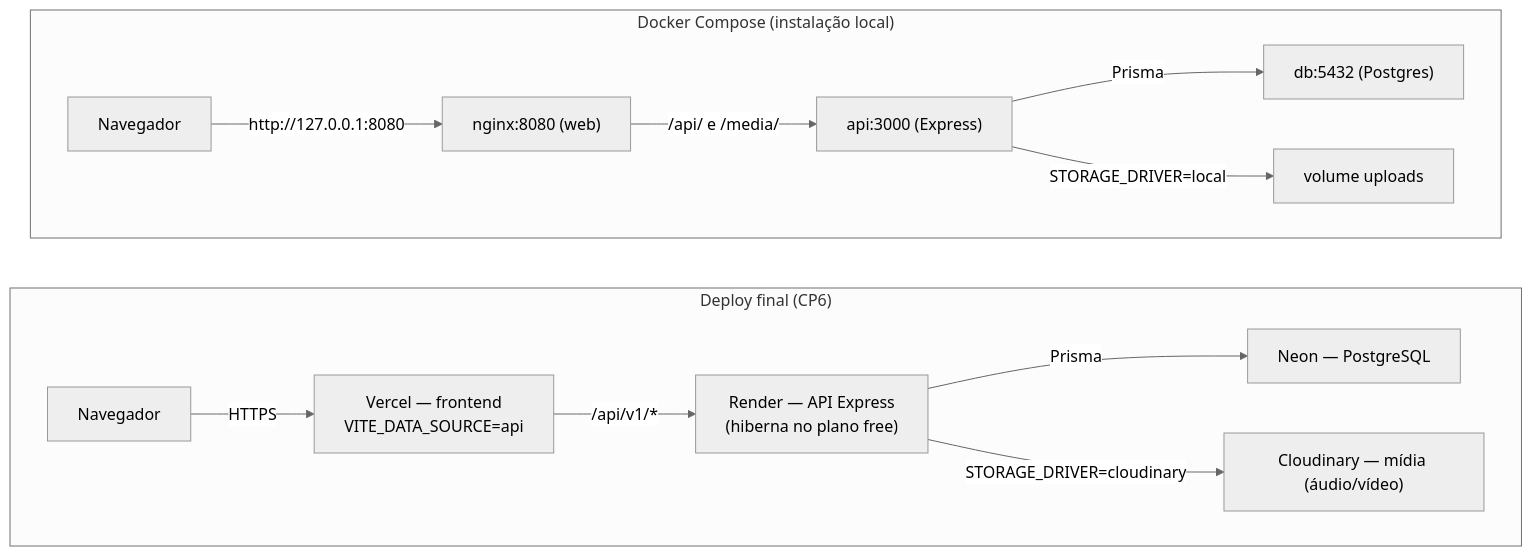
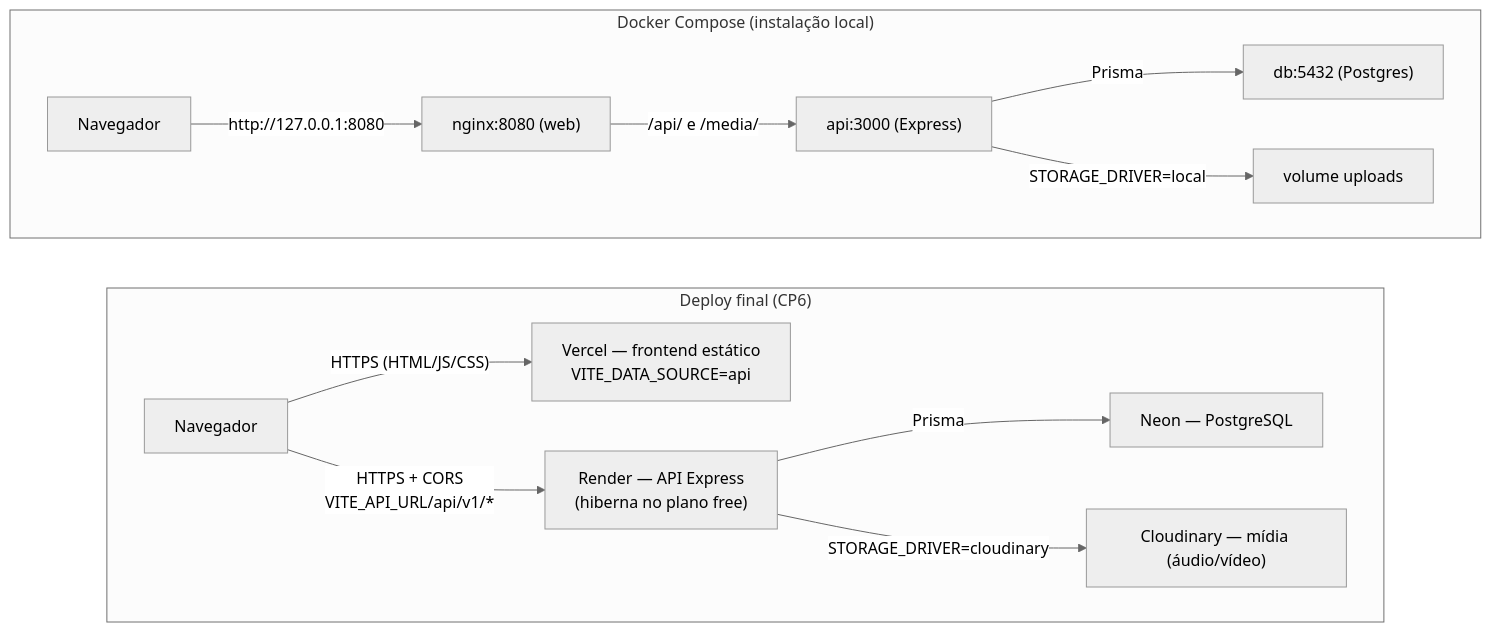
One commit to lucvs07/dot-study changed the ninth of 11 diagrams in docs/04-modelagem-uml.md. Above: the diagram before and after it, drawn with Mermaid (neutral theme). The commit also changed other lines of this file and 8 other files, not shown here.

````diff
--- a/docs/04-modelagem-uml.md
+++ b/docs/04-modelagem-uml.md
@@ -450,18 +450,18 @@
 ```mermaid
 flowchart LR
     subgraph Deploy["Deploy final (CP6)"]
         direction LR
-        Browser1["Navegador"] -->|HTTPS| Vercel["Vercel — frontend\nVITE_DATA_SOURCE=api"]
-        Vercel -->|"/api/v1/*"| Render["Render — API Express\n(hiberna no plano free)"]
+        Browser1["Navegador"] -->|"HTTPS (HTML/JS/CSS)"| Vercel["Vercel — frontend estático\nVITE_DATA_SOURCE=api"]
+        Browser1 -->|"HTTPS + CORS\nVITE_API_URL/api/v1/*"| Render["Render — API Express\n(hiberna no plano free)"]
         Render -->|Prisma| Neon["Neon — PostgreSQL"]
         Render -->|STORAGE_DRIVER=cloudinary| Cloudinary["Cloudinary — mídia (áudio/vídeo)"]
     end
 
     subgraph Docker["Docker Compose (instalação local)"]
         direction LR
         Browser2["Navegador"] -->|"http://127.0.0.1:8080"| Nginx["nginx:8080 (web)"]
         Nginx -->|"/api/ e /media/"| Api2["api:3000 (Express)"]
         Api2 -->|Prisma| Db2["db:5432 (Postgres)"]
         Api2 -->|STORAGE_DRIVER=local| Vol["volume uploads"]
     end
 ```
````
